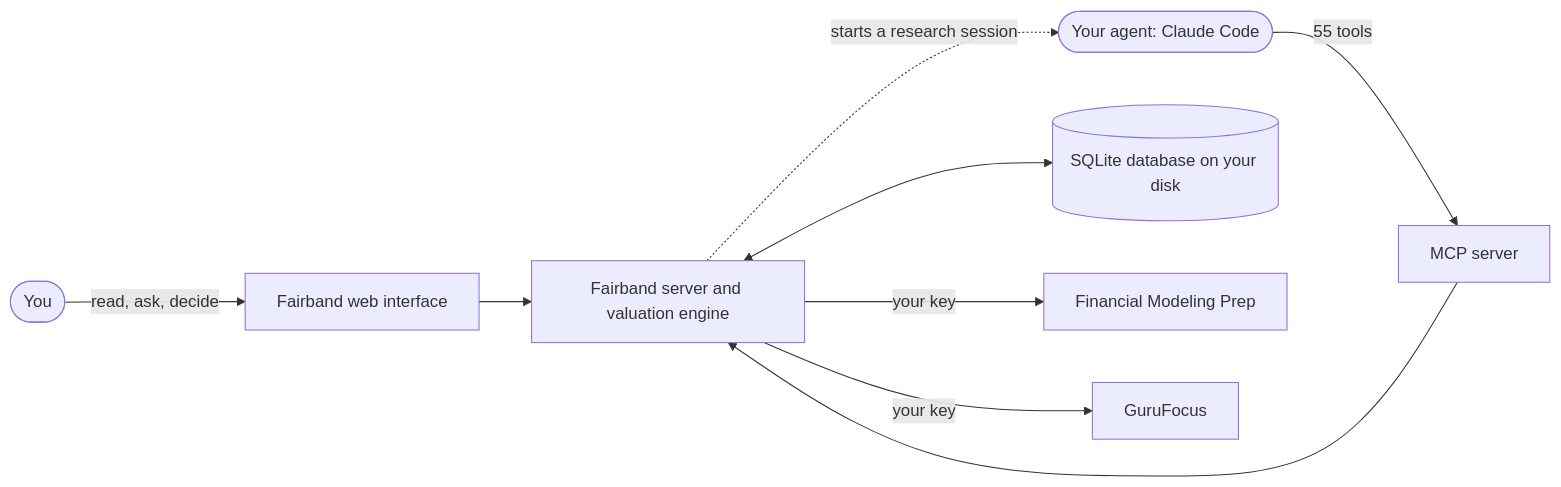
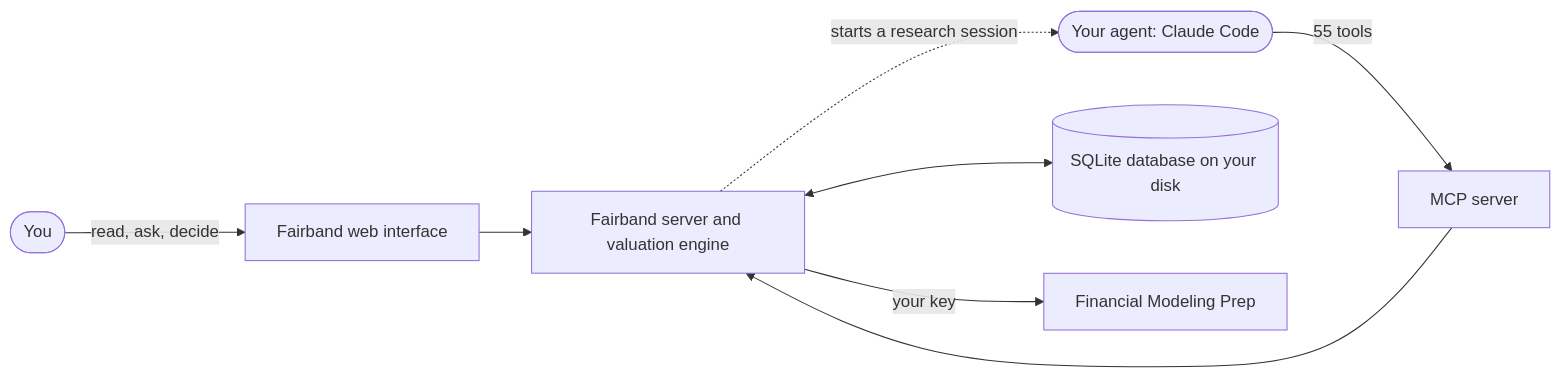
The diagram in README.md (kabanami/fairband), drawn with Mermaid before and after one commit. The commit also changed other lines of this file and 40 other files, not shown here.

First line of the commit message:
Take GuruFocus out of Fairband: its client, normalizer, key and calls (B-261)

````diff
--- a/README.md
+++ b/README.md
@@ -14,11 +14,10 @@
 ```mermaid
 flowchart LR
     you(["You"]) -- "read, ask, decide" --> pages["Fairband web interface"]
     agent(["Your agent: Claude Code"]) -- "55 tools" --> mcp["MCP server"]
     pages --> server["Fairband server and valuation engine"]
     mcp --> server
     server -. "starts a research session" .-> agent
     server <--> db[("SQLite database on your disk")]
     server -- "your key" --> fmp["Financial Modeling Prep"]
-    server -- "your key" --> gf["GuruFocus"]
 ```
````
